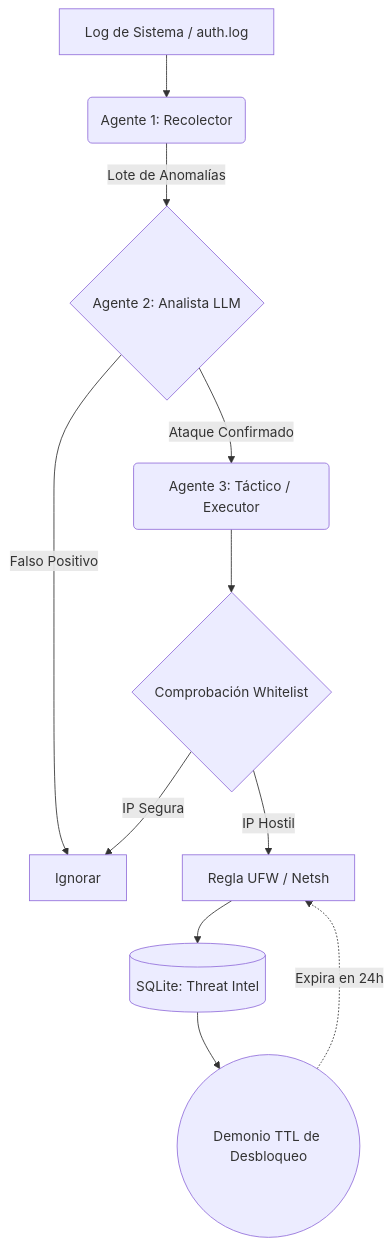
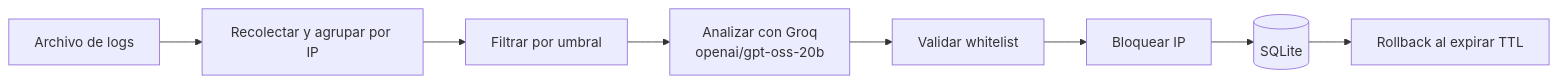
Before and after one commit to juaanmgg/AI-SOC-Log-Analyzer: the diagram in README.md, drawn with Mermaid. The commit also changed other lines of this file and 4 other files, not shown here.

````diff
--- a/README.md
+++ b/README.md
@@ -22,13 +12,10 @@
 ```mermaid
-graph TD
-    A[Log de Sistema / auth.log] --> B(Agente 1: Recolector)
-    B -->|Lote de Anomalías| C{Agente 2: Analista LLM}
-    C -->|Falso Positivo| D[Ignorar]
-    C -->|Ataque Confirmado| E(Agente 3: Táctico / Executor)
-    E --> F{Comprobación Whitelist}
-    F -->|IP Segura| D
-    F -->|IP Hostil| G[Regla UFW / Netsh]
-    G --> H[(SQLite: Threat Intel)]
-    H --> I((Demonio TTL de Desbloqueo))
-    I -.->|Expira en 24h| G
+flowchart LR
+    A[Archivo de logs] --> B[Recolectar y agrupar por IP]
+    B --> C[Filtrar por umbral]
+    C --> D[Analizar con Groq<br/>openai/gpt-oss-20b]
+    D --> E[Validar whitelist]
+    E --> F[Bloquear IP]
+    F --> G[(SQLite)]
+    G --> H[Rollback al expirar TTL]
 ```
````
